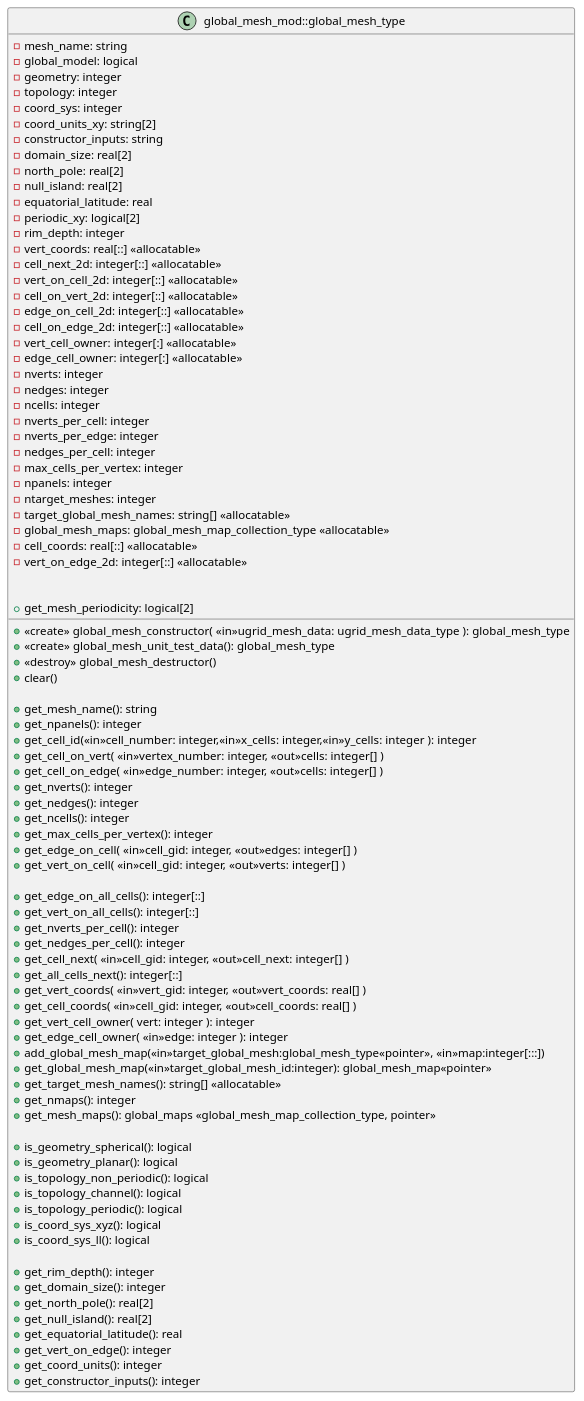
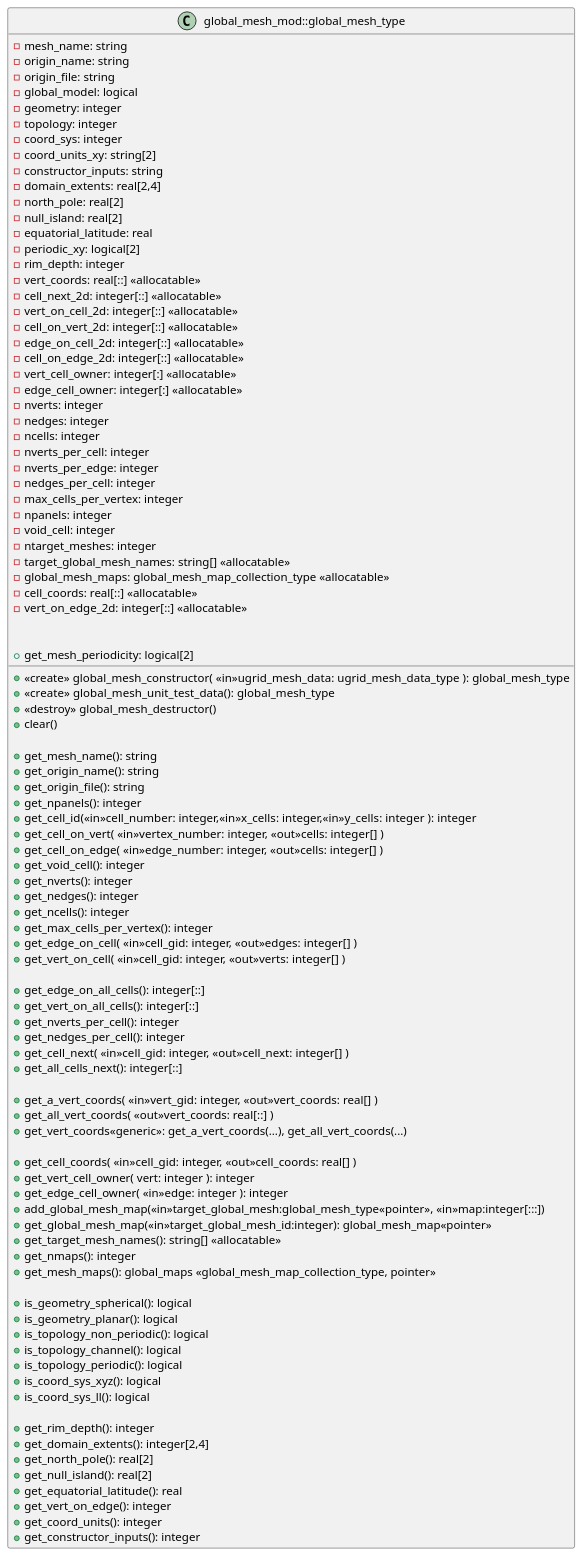
The diagram in infrastructure/documentation/uml/mesh/global_mesh_mod.iuml (MetOffice/lfric_core), drawn with PlantUML before and after one commit. The commit also changed 18 other files, not shown here.

```diff
--- a/infrastructure/documentation/uml/mesh/global_mesh_mod.iuml
+++ b/infrastructure/documentation/uml/mesh/global_mesh_mod.iuml
@@ -1,92 +1,102 @@
 ' Copyright (c) 2017,  Met Office, on behalf of HMSO and Queen's Printer
 ' For further details please refer to the file LICENCE which you
 ' should have received as part of this distribution.
 
 class global_mesh_mod::global_mesh_type {
   -mesh_name: string
+  -origin_name: string
+  -origin_file: string
   -global_model: logical
   -geometry: integer
   -topology: integer
   -coord_sys: integer
   -coord_units_xy: string[2]
   -constructor_inputs: string
-  -domain_size: real[2]
+  -domain_extents: real[2,4]
   -north_pole: real[2]
   -null_island: real[2]
   -equatorial_latitude: real
   -periodic_xy: logical[2]
   -rim_depth: integer
   -vert_coords: real[::] <<allocatable>>
   -cell_next_2d: integer[::] <<allocatable>>
   -vert_on_cell_2d: integer[::] <<allocatable>>
   -cell_on_vert_2d: integer[::] <<allocatable>>
   -edge_on_cell_2d: integer[::] <<allocatable>>
   -cell_on_edge_2d: integer[::] <<allocatable>>
   -vert_cell_owner: integer[:] <<allocatable>>
   -edge_cell_owner: integer[:] <<allocatable>>
   -nverts: integer
   -nedges: integer
   -ncells: integer
   -nverts_per_cell: integer
   -nverts_per_edge: integer
   -nedges_per_cell: integer
   -max_cells_per_vertex: integer
   -npanels: integer
+  -void_cell: integer
   -ntarget_meshes: integer
   -target_global_mesh_names: string[] <<allocatable>>
   -global_mesh_maps: global_mesh_map_collection_type <<allocatable>>
   -cell_coords: real[::] <<allocatable>>
   -vert_on_edge_2d: integer[::] <<allocatable>>
 
   +<<create>>  global_mesh_constructor( <<in>>ugrid_mesh_data: ugrid_mesh_data_type ): global_mesh_type
   +<<create>>  global_mesh_unit_test_data(): global_mesh_type
   +<<destroy>> global_mesh_destructor()
   +clear()
 
   +get_mesh_name(): string
+  +get_origin_name(): string
+  +get_origin_file(): string
   +get_npanels(): integer
   +get_mesh_periodicity: logical[2]
   +get_cell_id(<<in>>cell_number: integer,<<in>>x_cells: integer,<<in>>y_cells: integer ): integer
   +get_cell_on_vert( <<in>>vertex_number: integer, <<out>>cells: integer[] )
   +get_cell_on_edge( <<in>>edge_number: integer, <<out>>cells: integer[] )
+  +get_void_cell(): integer
   +get_nverts(): integer
   +get_nedges(): integer
   +get_ncells(): integer
   +get_max_cells_per_vertex(): integer
   +get_edge_on_cell( <<in>>cell_gid: integer, <<out>>edges: integer[] )
   +get_vert_on_cell( <<in>>cell_gid: integer, <<out>>verts: integer[] )
 
   +get_edge_on_all_cells(): integer[::]
   +get_vert_on_all_cells(): integer[::]
   +get_nverts_per_cell(): integer
   +get_nedges_per_cell(): integer
   +get_cell_next( <<in>>cell_gid: integer, <<out>>cell_next: integer[] )
   +get_all_cells_next(): integer[::]
-  +get_vert_coords( <<in>>vert_gid: integer, <<out>>vert_coords: real[] )
+
+  +get_a_vert_coords( <<in>>vert_gid: integer, <<out>>vert_coords: real[] )
+  +get_all_vert_coords( <<out>>vert_coords: real[::] )
+  +get_vert_coords<<generic>>: get_a_vert_coords(...), get_all_vert_coords(...)
+
   +get_cell_coords( <<in>>cell_gid: integer, <<out>>cell_coords: real[] )
   +get_vert_cell_owner( vert: integer ): integer
   +get_edge_cell_owner( <<in>>edge: integer ): integer
   +add_global_mesh_map(<<in>>target_global_mesh:global_mesh_type<<pointer>>, <<in>>map:integer[:::])
   +get_global_mesh_map(<<in>>target_global_mesh_id:integer): global_mesh_map<<pointer>>
   +get_target_mesh_names(): string[] <<allocatable>>
   +get_nmaps(): integer
   +get_mesh_maps(): global_maps <<global_mesh_map_collection_type, pointer>>
 
   +is_geometry_spherical(): logical
   +is_geometry_planar(): logical
   +is_topology_non_periodic(): logical
   +is_topology_channel(): logical
   +is_topology_periodic(): logical
   +is_coord_sys_xyz(): logical
   +is_coord_sys_ll(): logical
 
   +get_rim_depth(): integer
-  +get_domain_size(): integer
+  +get_domain_extents(): integer[2,4]
   +get_north_pole(): real[2]
   +get_null_island(): real[2]
   +get_equatorial_latitude(): real
   +get_vert_on_edge(): integer
   +get_coord_units(): integer
   +get_constructor_inputs(): integer
 
 }
```
